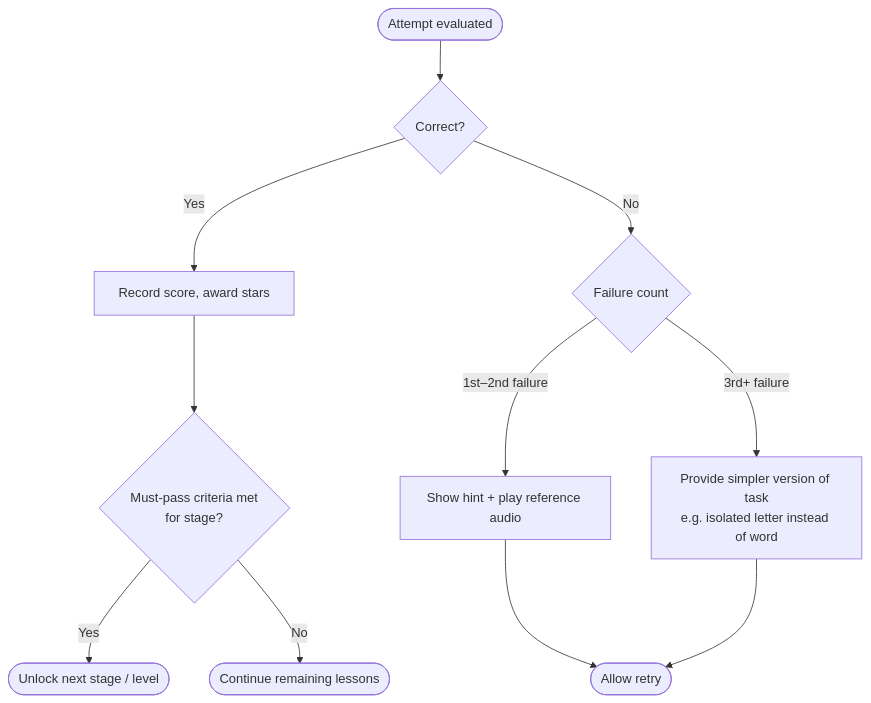
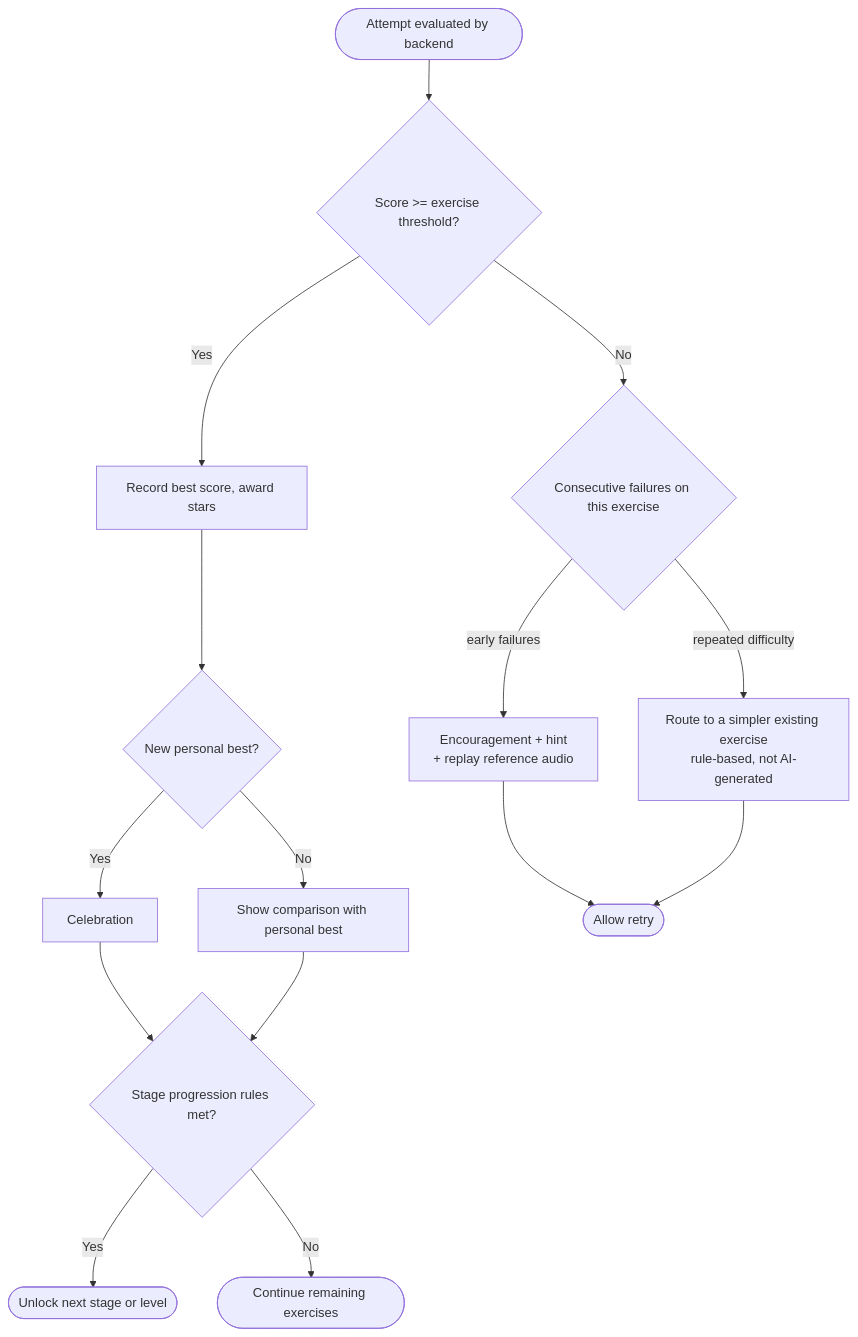
The ninth of 20 diagrams in docs/architecture/diagrams.md (MohamedMaged9258/Yantiq), drawn with Mermaid before and after one commit. The commit also changed other lines of this file, not shown here.

First line of the commit message:
docs: rewrite architecture diagrams against the Phase 0 baseline

````diff
--- a/docs/architecture/diagrams.md
+++ b/docs/architecture/diagrams.md
@@ -382,13 +554,16 @@
 ```mermaid
 flowchart TD
-    A([Attempt evaluated]) --> B{Correct?}
-    B -- Yes --> C[Record score, award stars]
-    C --> D{Must-pass criteria met<br/>for stage?}
-    D -- Yes --> E([Unlock next stage / level])
-    D -- No --> F([Continue remaining lessons])
-    B -- No --> G{Failure count}
-    G -- "1st–2nd failure" --> H[Show hint + play reference audio]
+    A([Attempt evaluated by backend]) --> B{Score >= exercise threshold?}
+    B -- Yes --> C[Record best score, award stars]
+    C --> C2{New personal best?}
+    C2 -- Yes --> C3[Celebration]
+    C2 -- No --> C4[Show comparison with personal best]
+    C3 & C4 --> D{Stage progression rules met?}
+    D -- Yes --> E([Unlock next stage or level])
+    D -- No --> F([Continue remaining exercises])
+    B -- No --> G{Consecutive failures on this exercise}
+    G -- "early failures" --> H[Encouragement + hint<br/>+ replay reference audio]
     H --> I([Allow retry])
-    G -- "3rd+ failure" --> J[Provide simpler version of task<br/>e.g. isolated letter instead of word]
+    G -- "repeated difficulty" --> J[Route to a simpler existing exercise<br/>rule-based, not AI-generated]
     J --> I
 ```
````
